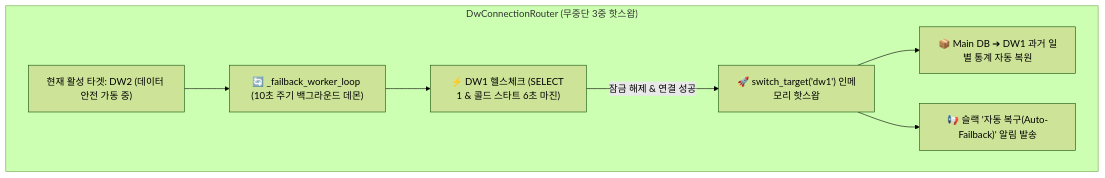
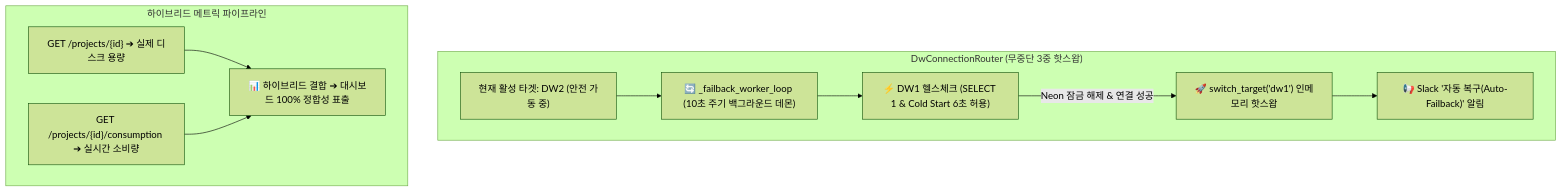
One commit to daniel-dataflow/daniel-dataflow.github.io changed the diagram in content/posts/picksafe/2026-09-01-Multi-DW-자동-복구-Auto-Failback-및-글로벌-리셋-타임존-동기화-아키텍처.md. Above: the diagram before and after it, drawn with Mermaid (forest theme). The commit also changed other lines of this file and 62 other files, not shown here.

````diff
--- a/content/posts/picksafe/2026-09-01-Multi-DW-자동-복구-Auto-Failback-및-글로벌-리셋-타임존-동기화-아키텍처.md
+++ b/content/posts/picksafe/2026-09-01-Multi-DW-자동-복구-Auto-Failback-및-글로벌-리셋-타임존-동기화-아키텍처.md
@@ -49,17 +55,23 @@
 ```mermaid
 flowchart TD
     subgraph DW_Router ["DwConnectionRouter (무중단 3중 핫스왑)"]
-        ACTIVE["현재 활성 타겟: DW2 (데이터 안전 가동 중)"]
+        ACTIVE["현재 활성 타겟: DW2 (안전 가동 중)"]
         WORKER["🔄 _failback_worker_loop (10초 주기 백그라운드 데몬)"]
-        PING["⚡ DW1 헬스체크 (SELECT 1 & 콜드 스타트 6초 마진)"]
+        PING["⚡ DW1 헬스체크 (SELECT 1 & Cold Start 6초 허용)"]
         SWAP["🚀 switch_target('dw1') 인메모리 핫스왑"]
-        RESTORE["📦 Main DB ➔ DW1 과거 일별 통계 자동 복원"]
-        SLACK["📢 슬랙 '자동 복구(Auto-Failback)' 알림 발송"]
+        SLACK["📢 Slack '자동 복구(Auto-Failback)' 알림"]
+    end
+
+    subgraph Metrics_Pipeline ["하이브리드 메트릭 파이프라인"]
+        M1["GET /projects/{id} ➔ 실제 디스크 용량"]
+        M2["GET /projects/{id}/consumption ➔ 실시간 소비량"]
+        M_COMBINE["📊 하이브리드 결합 ➔ 대시보드 100% 정합성 표출"]
     end
 
     ACTIVE --> WORKER
     WORKER --> PING
-    PING -->|잠금 해제 & 연결 성공| SWAP
-    SWAP --> RESTORE
+    PING -->|Neon 잠금 해제 & 연결 성공| SWAP
     SWAP --> SLACK
+    M1 --> M_COMBINE
+    M2 --> M_COMBINE
 ```
````
